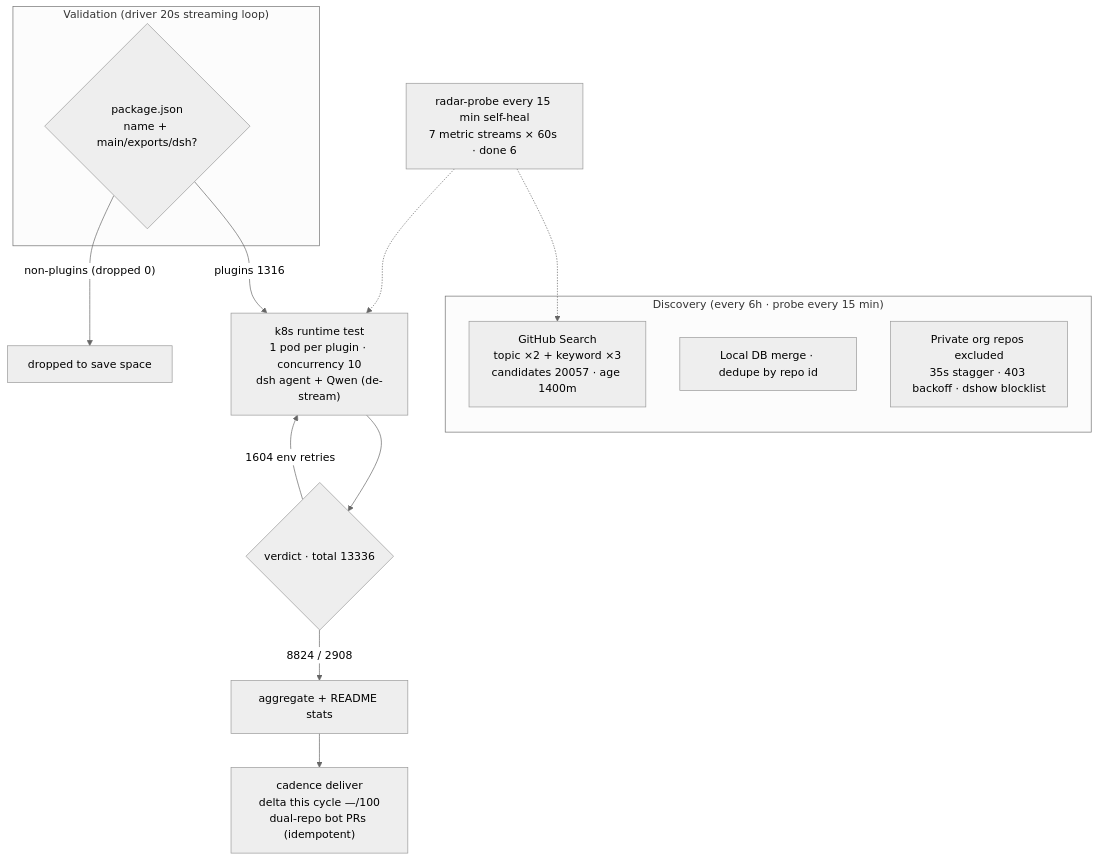
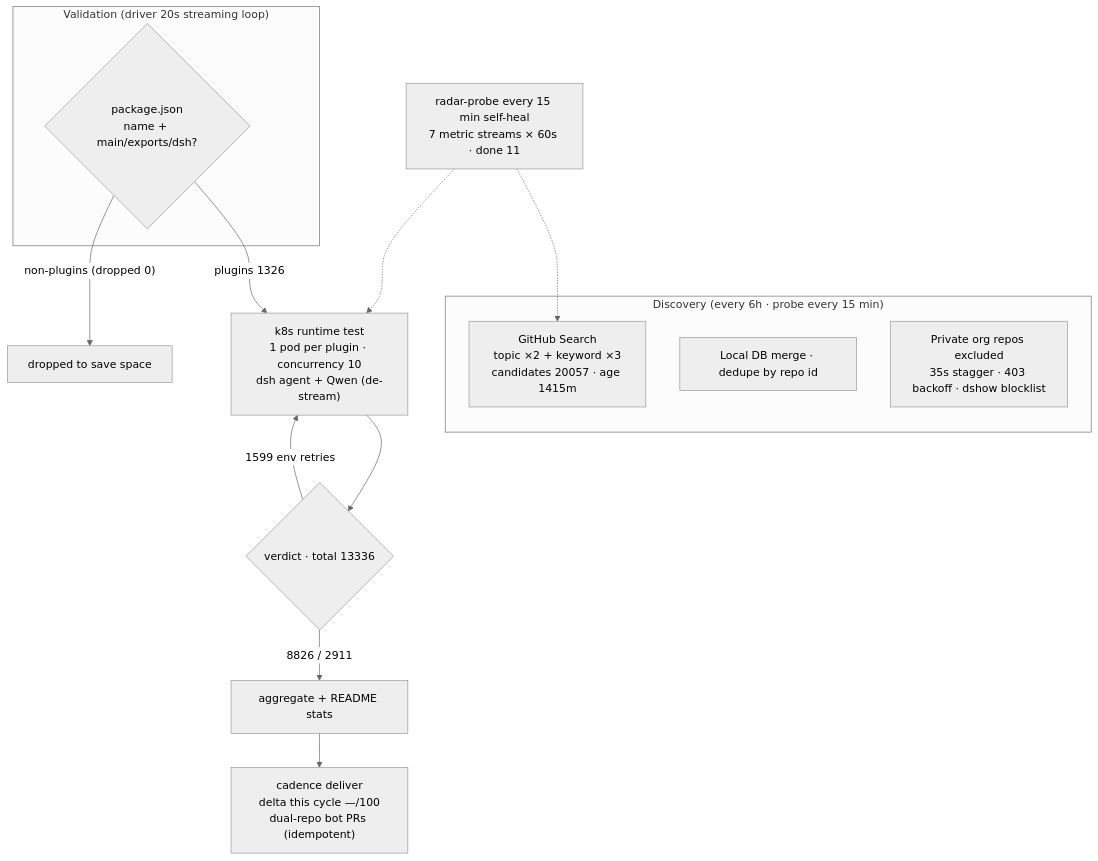
Before and after one commit to AdamPlatin123/dsh-plugin-radar: the diagram in README.en-US.md, drawn with Mermaid (neutral theme). The commit also changed other lines of this file and 9 other files, not shown here.

````diff
--- a/README.en-US.md
+++ b/README.en-US.md
@@ -45,20 +45,20 @@
 ```mermaid
 flowchart TB
     subgraph Discovery["Discovery (every 6h · probe every 15 min)"]
-        A1["GitHub Search<br/>topic ×2 + keyword ×3<br/>candidates 20057 · age 1400m"]
+        A1["GitHub Search<br/>topic ×2 + keyword ×3<br/>candidates 20057 · age 1415m"]
         A2["Local DB merge · dedupe by repo id"]
         A3["Private org repos excluded<br/>35s stagger · 403 backoff · dshow blocklist"]
     end
     subgraph Validation["Validation (driver 20s streaming loop)"]
         B1{"package.json<br/>name + main/exports/dsh?"}
     end
-    B1 -->|"plugins 1316"| C1["k8s runtime test<br/>1 pod per plugin · concurrency 10<br/>dsh agent + Qwen (de-stream)"]
+    B1 -->|"plugins 1326"| C1["k8s runtime test<br/>1 pod per plugin · concurrency 10<br/>dsh agent + Qwen (de-stream)"]
     B1 -->|"non-plugins (dropped 0)"| B3["dropped to save space"]
     C1 --> D1{"verdict · total 13336"}
-    D1 -->|"8824 / 2908"| E1["aggregate + README stats"]
-    D1 -->|"1604 env retries"| C1
+    D1 -->|"8826 / 2911"| E1["aggregate + README stats"]
+    D1 -->|"1599 env retries"| C1
     E1 --> E2["cadence deliver<br/>delta this cycle —/100<br/>dual-repo bot PRs (idempotent)"]
-    M["radar-probe every 15 min self-heal<br/>7 metric streams × 60s · done 6"]
+    M["radar-probe every 15 min self-heal<br/>7 metric streams × 60s · done 11"]
     M -.-> A1
     M -.-> C1
 ```
````
